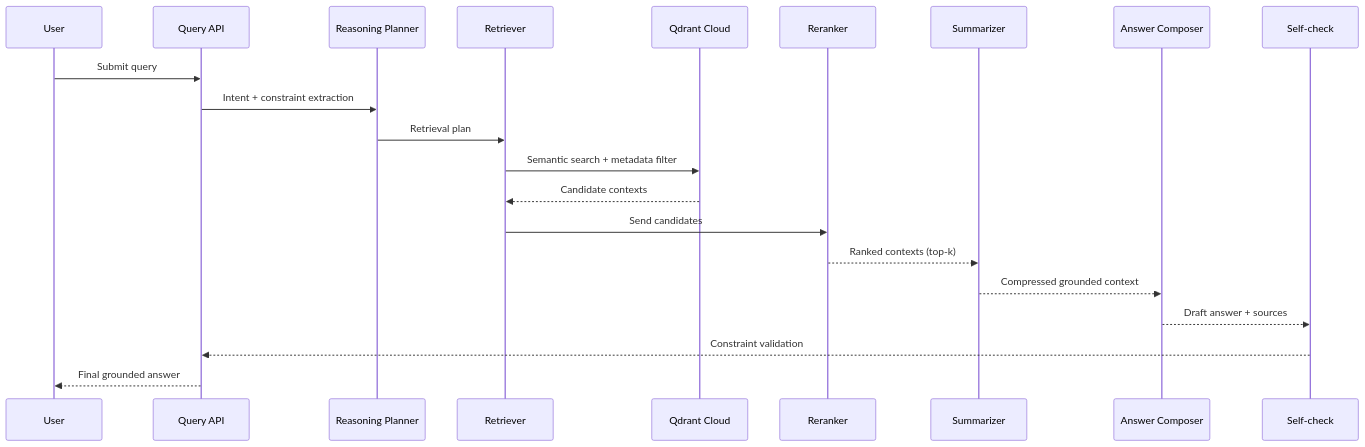
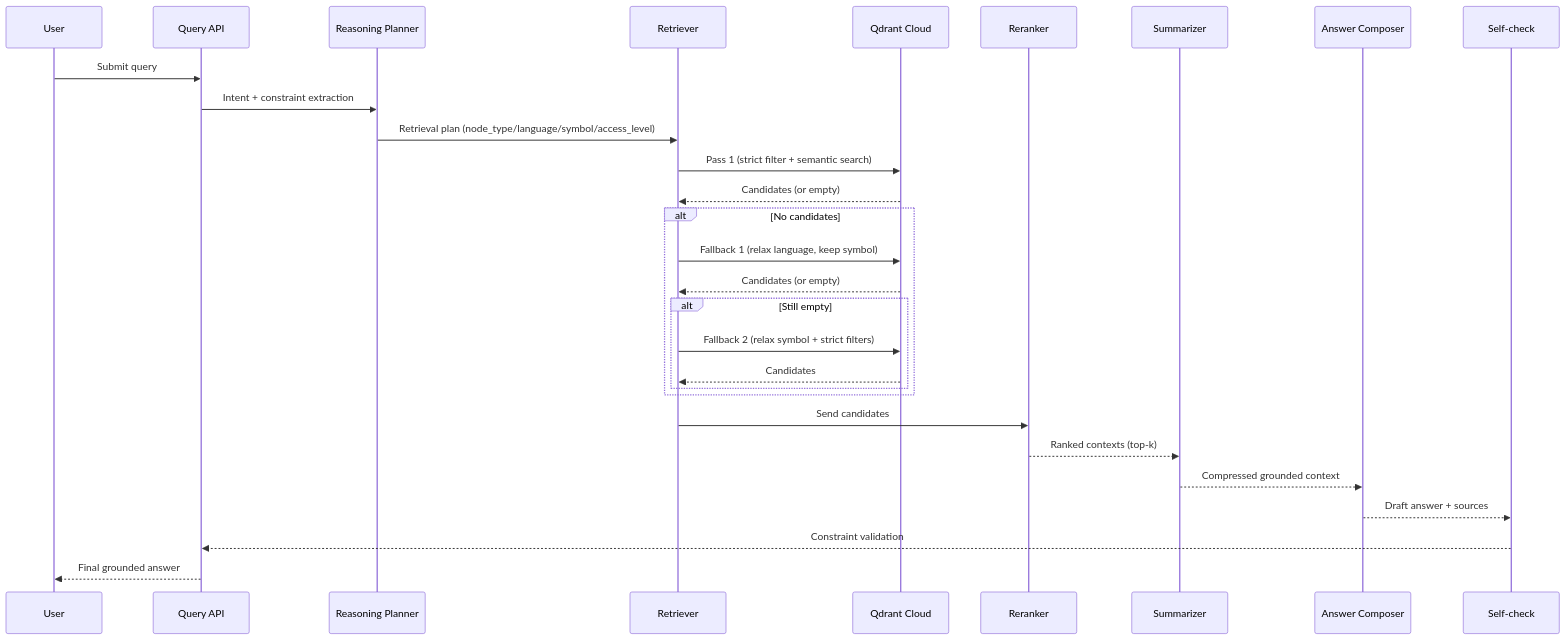
The third of 3 diagrams in PRD.md (kelasdev/agentRAG), drawn with Mermaid before and after one commit. The commit also changed other lines of this file and 7 other files, not shown here.

````diff
--- a/PRD.md
+++ b/PRD.md
@@ -1082,24 +1097,32 @@
 ```mermaid
 sequenceDiagram
     participant User
     participant API as Query API
     participant RP as Reasoning Planner
     participant RET as Retriever
     participant QD as Qdrant Cloud
     participant RR as Reranker
     participant SZ as Summarizer
     participant AC as Answer Composer
     participant SC as Self-check
 
     User->>API: Submit query
     API->>RP: Intent + constraint extraction
-    RP->>RET: Retrieval plan
-    RET->>QD: Semantic search + metadata filter
-    QD-->>RET: Candidate contexts
+    RP->>RET: Retrieval plan (node_type/language/symbol/access_level)
+    RET->>QD: Pass 1 (strict filter + semantic search)
+    QD-->>RET: Candidates (or empty)
+    alt No candidates
+        RET->>QD: Fallback 1 (relax language, keep symbol)
+        QD-->>RET: Candidates (or empty)
+        alt Still empty
+            RET->>QD: Fallback 2 (relax symbol + strict filters)
+            QD-->>RET: Candidates
+        end
+    end
     RET->>RR: Send candidates
     RR-->>SZ: Ranked contexts (top-k)
     SZ-->>AC: Compressed grounded context
     AC-->>SC: Draft answer + sources
     SC-->>API: Constraint validation
     API-->>User: Final grounded answer
 ```
````
